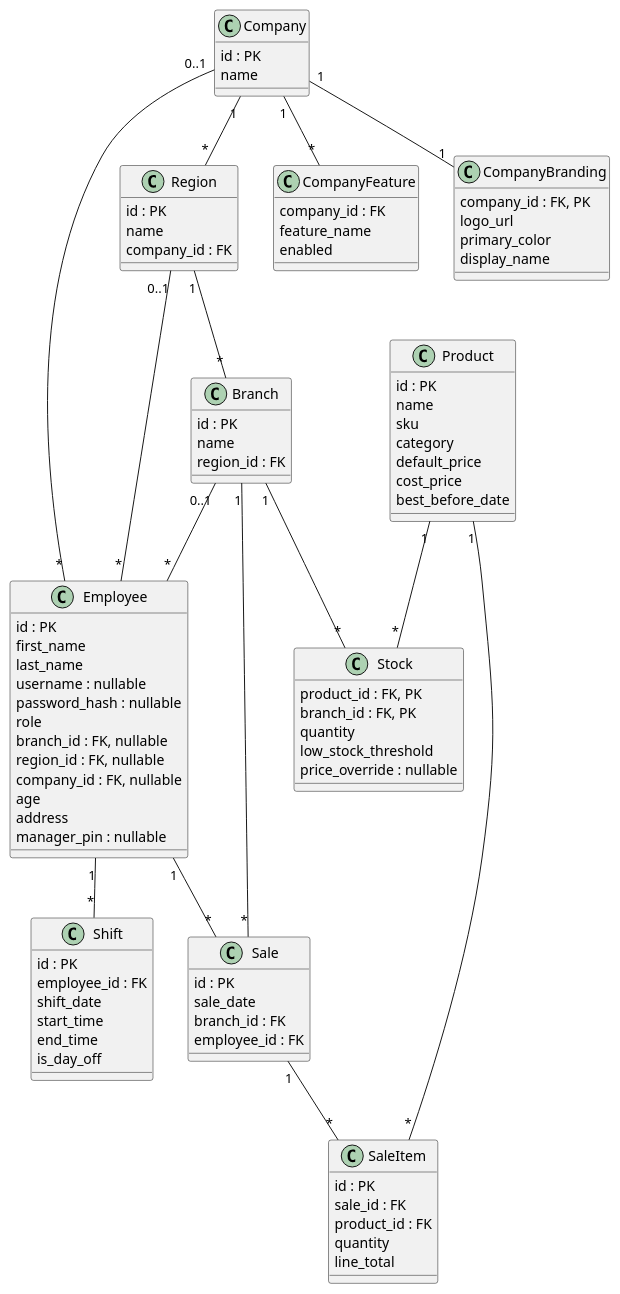
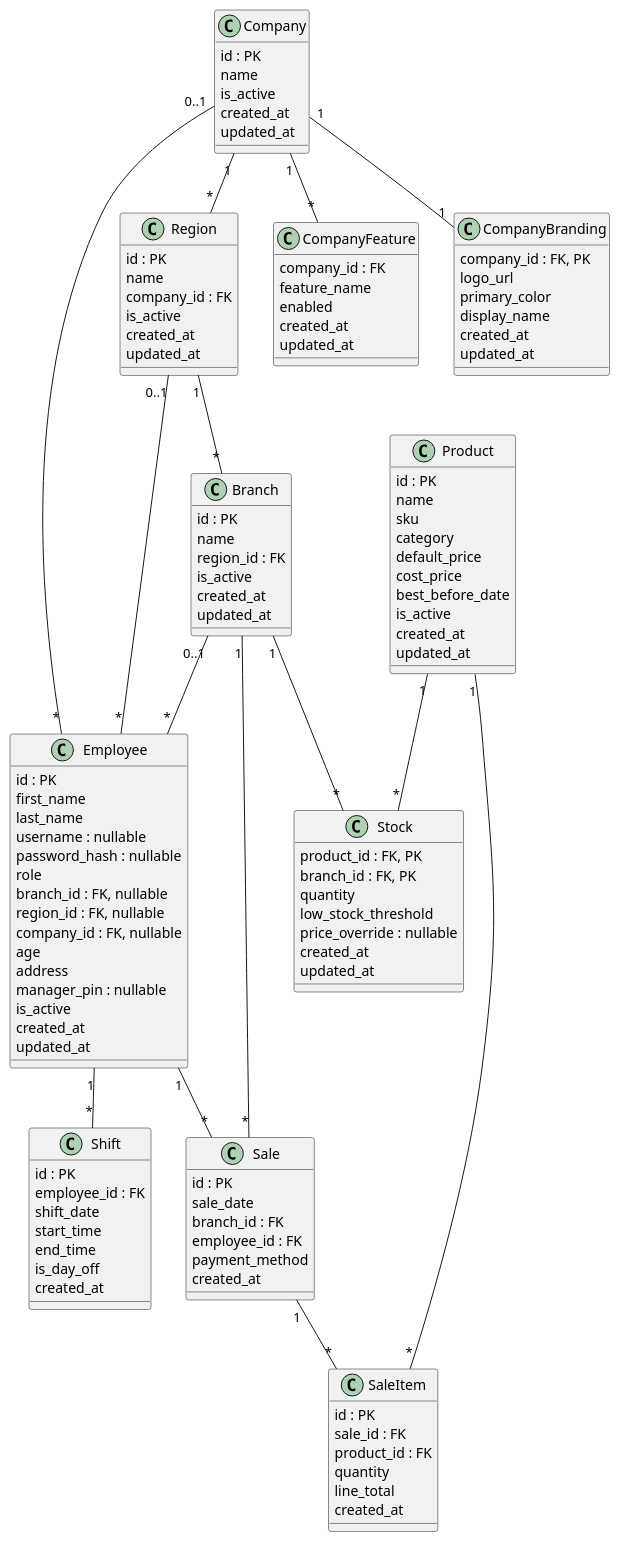
The sixth of 6 diagrams in documents/stocksense-srs.md (Akatron11/StockSense), drawn with PlantUML before and after one commit. The commit also changed other lines of this file and 21 other files, not shown here.

First line of the commit message:
Add database schema implementation and refine architecture docs

```diff
--- a/documents/stocksense-srs.md
+++ b/documents/stocksense-srs.md
@@ -367,18 +369,27 @@
 class Company {
   id : PK
   name
+  is_active
+  created_at
+  updated_at
 }
 
 class Region {
   id : PK
   name
   company_id : FK
+  is_active
+  created_at
+  updated_at
 }
 
 class Branch {
   id : PK
   name
   region_id : FK
+  is_active
+  created_at
+  updated_at
 }
 
 class Product {
@@ -389,6 +400,9 @@
   default_price
   cost_price
   best_before_date
+  is_active
+  created_at
+  updated_at
 }
 
 class Stock {
@@ -397,6 +411,8 @@
   quantity
   low_stock_threshold
   price_override : nullable
+  created_at
+  updated_at
 }
 
 class Employee {
@@ -412,6 +428,9 @@
   age
   address
   manager_pin : nullable
+  is_active
+  created_at
+  updated_at
 }
 
 class Sale {
@@ -419,6 +438,8 @@
   sale_date
   branch_id : FK
   employee_id : FK
+  payment_method
+  created_at
 }
 
 class SaleItem {
@@ -427,6 +448,7 @@
   product_id : FK
   quantity
   line_total
+  created_at
 }
 
 class Shift {
@@ -436,12 +458,15 @@
   start_time
   end_time
   is_day_off
+  created_at
 }
 
 class CompanyFeature {
   company_id : FK
   feature_name
   enabled
+  created_at
+  updated_at
 }
 
 class CompanyBranding {
@@ -449,6 +474,8 @@
   logo_url
   primary_color
   display_name
+  created_at
+  updated_at
 }
 
 Company "1" -- "*" Region
```
